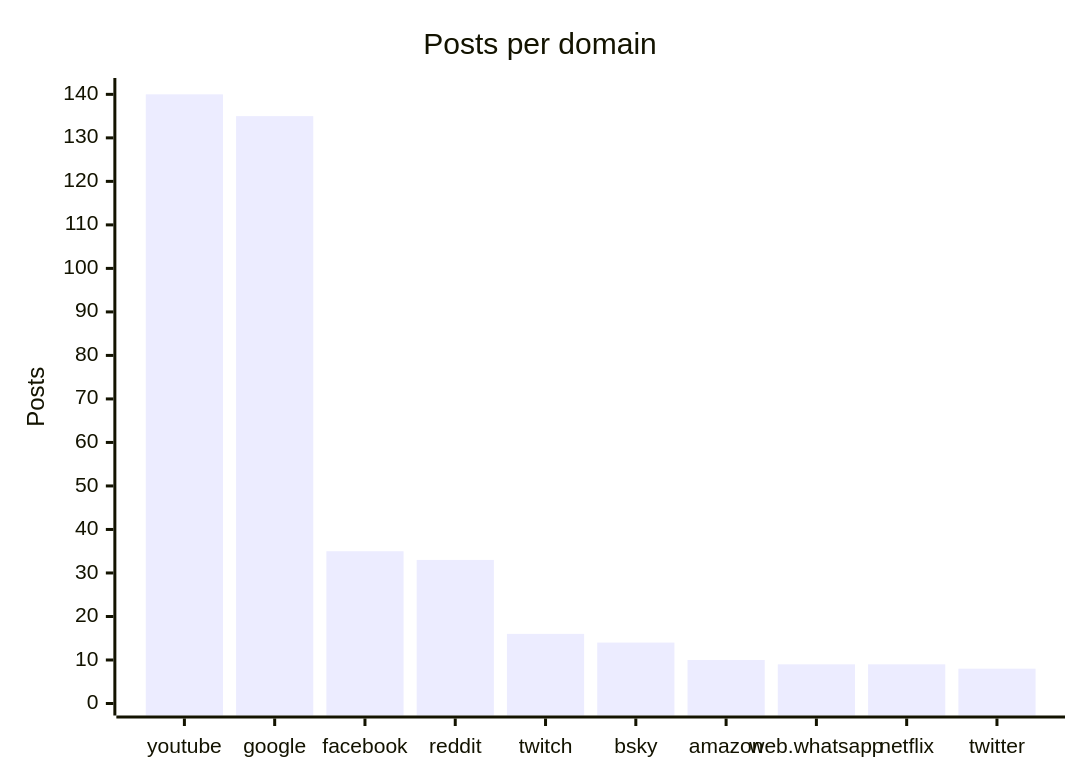
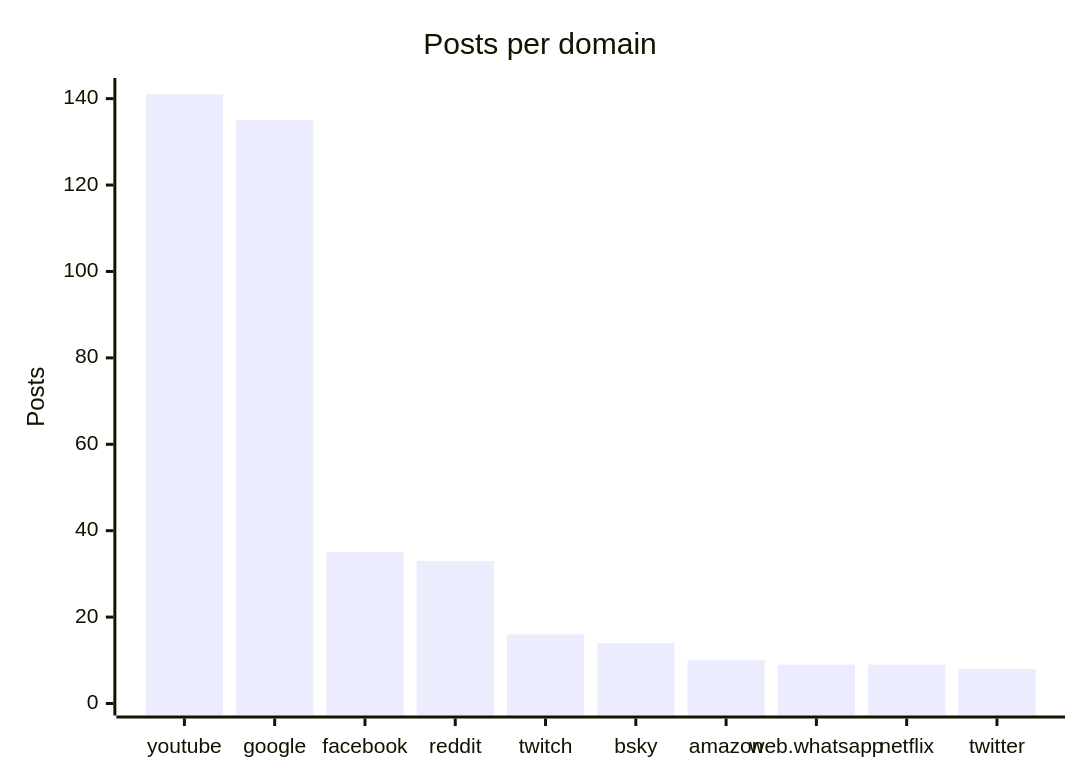
Before and after one commit to martinbalfanz/social-scanner-reports: the fourth of 4 diagrams in README.md, drawn with Mermaid. The commit also changed other lines of this file and 4 other files, not shown here.

````diff
--- a/README.md
+++ b/README.md
@@ -58,7 +58,7 @@
 ```mermaid
 xychart-beta
     title "Posts per domain"
     x-axis ["youtube", "google", "facebook", "reddit", "twitch", "bsky", "amazon", "web.whatsapp", "netflix", "twitter"]
-    y-axis "Posts" 0 --> 141
-    bar [140, 135, 35, 33, 16, 14, 10, 9, 9, 8]
+    y-axis "Posts" 0 --> 142
+    bar [141, 135, 35, 33, 16, 14, 10, 9, 9, 8]
 ```
````
